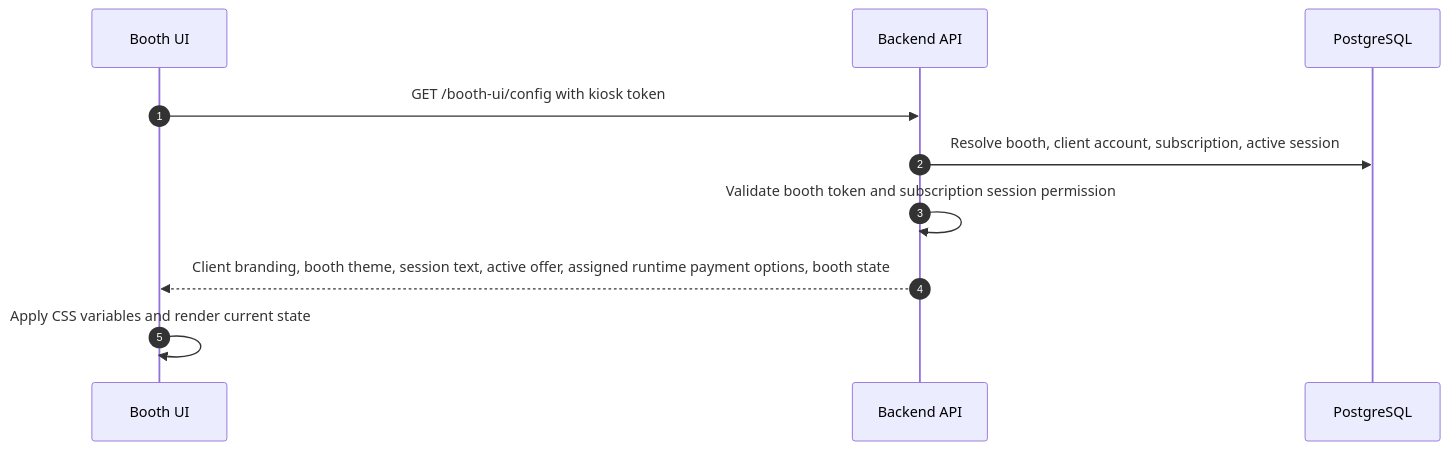
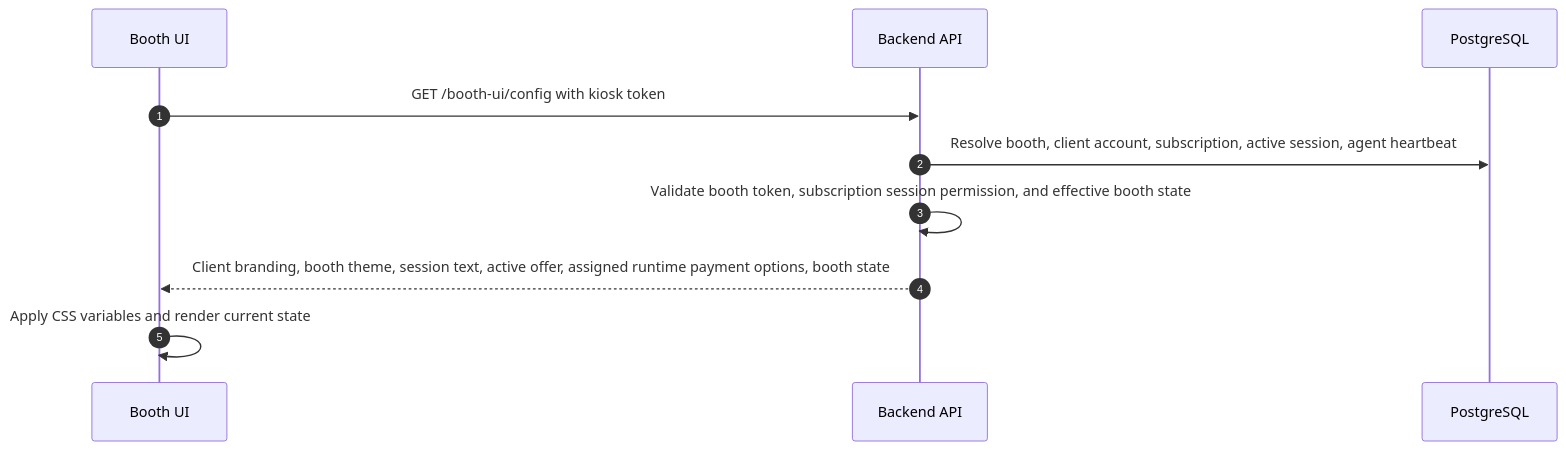
Before and after one commit to quinjan/PhotoBIZ: the fourth of 9 diagrams in docs/ARCHITECTURE.md, drawn with Mermaid. The commit also changed other lines of this file and 33 other files, not shown here.

````diff
--- a/docs/ARCHITECTURE.md
+++ b/docs/ARCHITECTURE.md
@@ -96,13 +96,13 @@
 ```mermaid
 sequenceDiagram
   autonumber
   participant B as Booth UI
   participant API as Backend API
   participant DB as PostgreSQL
 
   B->>API: GET /booth-ui/config with kiosk token
-  API->>DB: Resolve booth, client account, subscription, active session
-  API->>API: Validate booth token and subscription session permission
+  API->>DB: Resolve booth, client account, subscription, active session, agent heartbeat
+  API->>API: Validate booth token, subscription session permission, and effective booth state
   API-->>B: Client branding, booth theme, session text, active offer, assigned runtime payment options, booth state
   B->>B: Apply CSS variables and render current state
 ```
````
